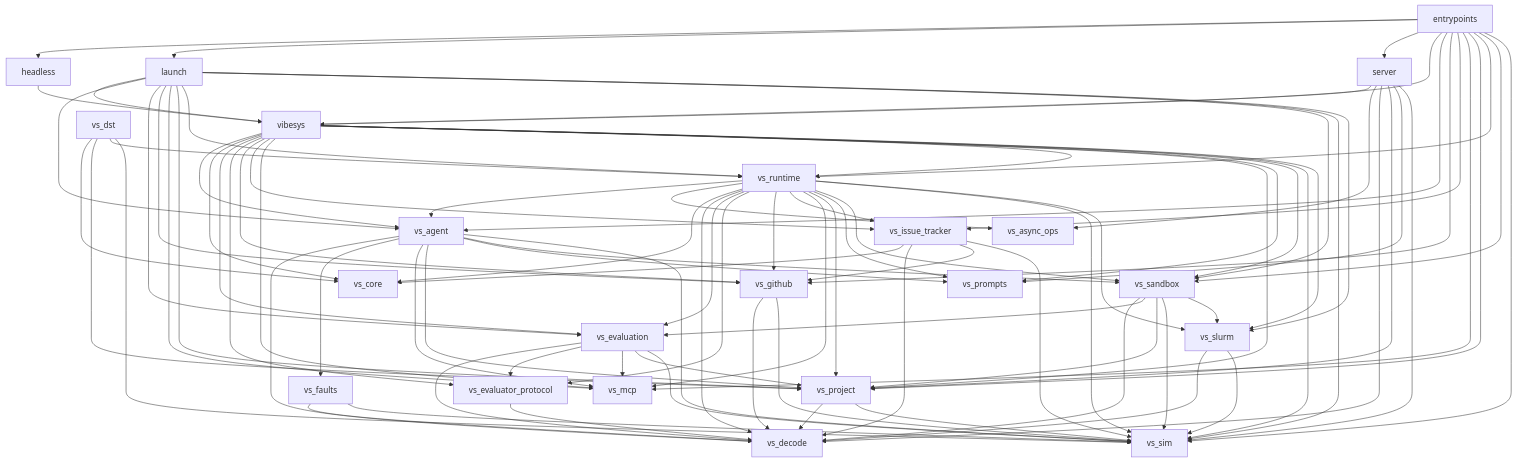
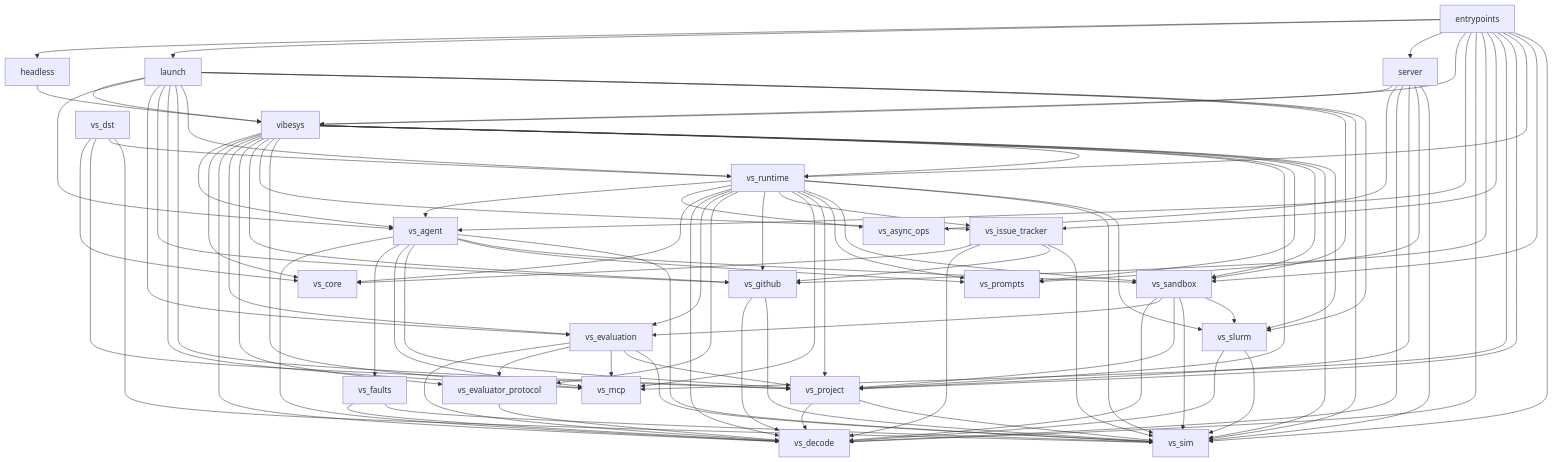
The diagram in docs/contributing/architecture.md (6Mikao9/vibesys), drawn with Mermaid before and after one commit. The commit also changed 6 other files, not shown here.

Commit message:
fix(vibesys,entrypoints): decode profiler results, tool output and the web manifest through vs_decode (#2570)

```diff
--- a/docs/contributing/architecture.md
+++ b/docs/contributing/architecture.md
@@ -132,6 +132,7 @@
     entrypoints --> server
     entrypoints --> vibesys
     entrypoints --> vs_agent
+    entrypoints --> vs_decode
     entrypoints --> vs_github
     entrypoints --> vs_issue_tracker
     entrypoints --> vs_mcp
@@ -158,6 +159,7 @@
     server --> vs_sim
     vibesys --> vs_agent
     vibesys --> vs_core
+    vibesys --> vs_decode
     vibesys --> vs_evaluation
     vibesys --> vs_evaluator_protocol
     vibesys --> vs_github
```
